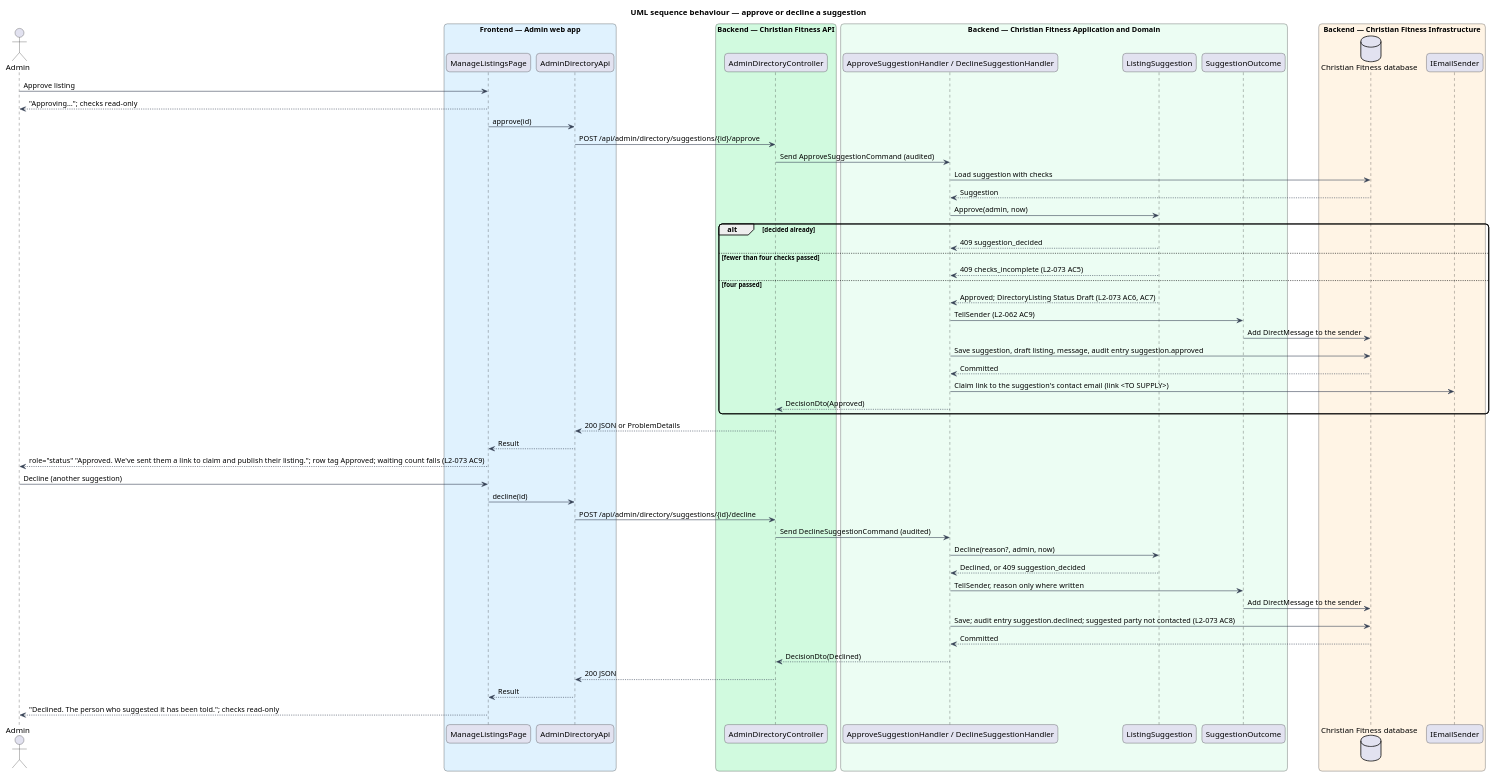
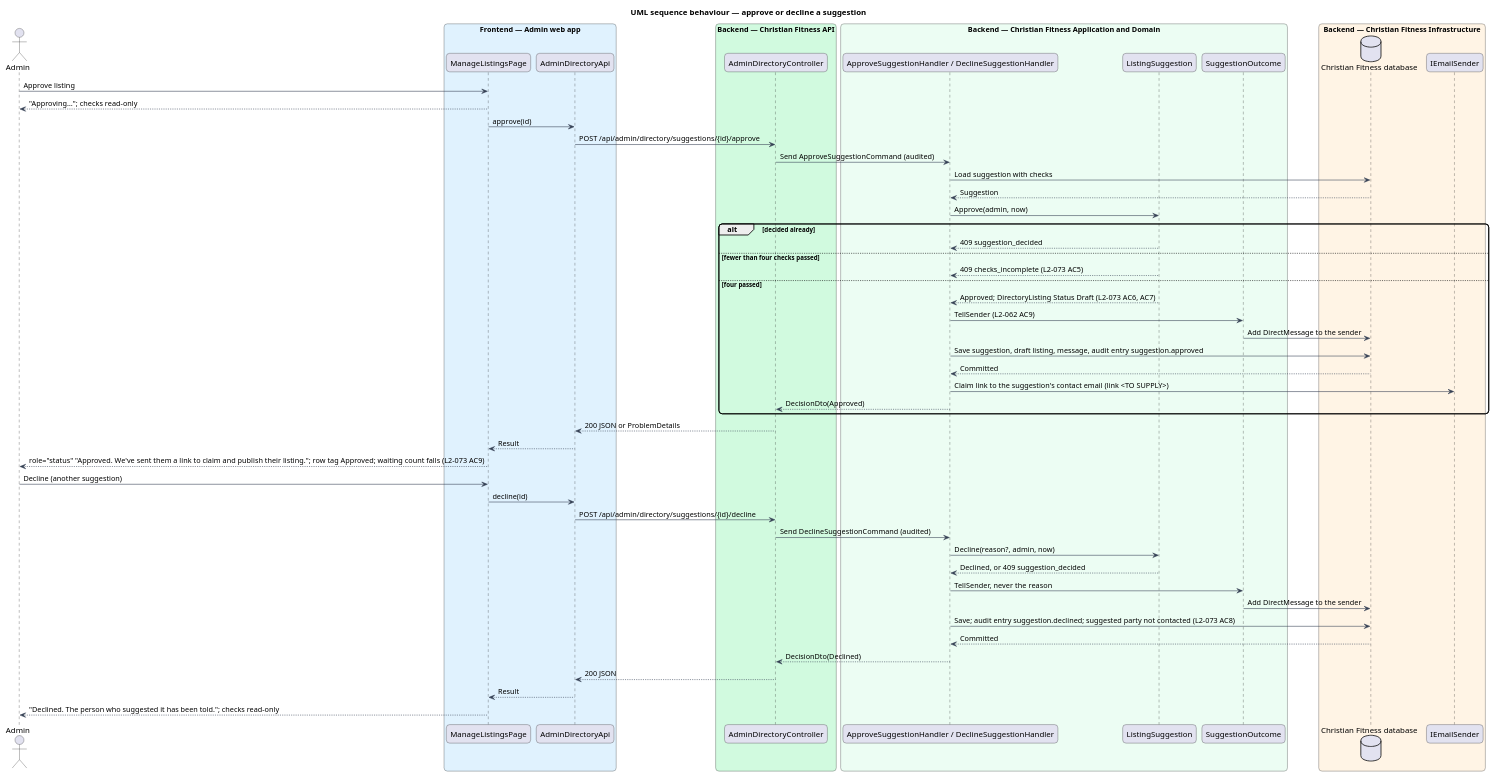
Before and after one commit to QuinntyneBrown/christian-fitness: the diagram in docs/detailed-designs/admin-directory/review-listing-suggestions/diagrams/sequence-decide.puml, drawn with PlantUML. The commit also changed 25 other files, not shown here.

```diff
--- a/docs/detailed-designs/admin-directory/review-listing-suggestions/diagrams/sequence-decide.puml
+++ b/docs/detailed-designs/admin-directory/review-listing-suggestions/diagrams/sequence-decide.puml
@@ -1,63 +1,63 @@
 @startuml
 title UML sequence behaviour — approve or decline a suggestion
 skinparam backgroundColor #FFFFFF
 skinparam shadowing false
 skinparam roundcorner 12
 skinparam defaultFontName Arial
 skinparam ArrowColor #344054
 actor "Admin" as actor
 box "Frontend — Admin web app" #E0F2FE
   participant "ManageListingsPage" as page
   participant "AdminDirectoryApi" as client
 end box
 box "Backend — Christian Fitness API" #D1FADF
   participant "AdminDirectoryController" as ctrl
 end box
 box "Backend — Christian Fitness Application and Domain" #ECFDF3
   participant "ApproveSuggestionHandler / DeclineSuggestionHandler" as h
   participant "ListingSuggestion" as ent
   participant "SuggestionOutcome" as out
 end box
 box "Backend — Christian Fitness Infrastructure" #FFF4E5
   database "Christian Fitness database" as db
   participant "IEmailSender" as mail
 end box
 actor -> page : Approve listing
 page --> actor : "Approving…"; checks read-only
 page -> client : approve(id)
 client -> ctrl : POST /api/admin/directory/suggestions/{id}/approve
 ctrl -> h : Send ApproveSuggestionCommand (audited)
 h -> db : Load suggestion with checks
 db --> h : Suggestion
 h -> ent : Approve(admin, now)
 alt decided already
   ent --> h : 409 suggestion_decided
 else fewer than four checks passed
   ent --> h : 409 checks_incomplete (L2-073 AC5)
 else four passed
   ent --> h : Approved; DirectoryListing Status Draft (L2-073 AC6, AC7)
   h -> out : TellSender (L2-062 AC9)
   out -> db : Add DirectMessage to the sender
   h -> db : Save suggestion, draft listing, message, audit entry suggestion.approved
   db --> h : Committed
   h -> mail : Claim link to the suggestion's contact email (link <TO SUPPLY>)
   h --> ctrl : DecisionDto(Approved)
 end
 ctrl --> client : 200 JSON or ProblemDetails
 client --> page : Result
 page --> actor : role="status" "Approved. We've sent them a link to claim and publish their listing."; row tag Approved; waiting count falls (L2-073 AC9)
 actor -> page : Decline (another suggestion)
 page -> client : decline(id)
 client -> ctrl : POST /api/admin/directory/suggestions/{id}/decline
 ctrl -> h : Send DeclineSuggestionCommand (audited)
 h -> ent : Decline(reason?, admin, now)
 ent --> h : Declined, or 409 suggestion_decided
-h -> out : TellSender, reason only where written
+h -> out : TellSender, never the reason
 out -> db : Add DirectMessage to the sender
 h -> db : Save; audit entry suggestion.declined; suggested party not contacted (L2-073 AC8)
 db --> h : Committed
 h --> ctrl : DecisionDto(Declined)
 ctrl --> client : 200 JSON
 client --> page : Result
 page --> actor : "Declined. The person who suggested it has been told."; checks read-only
 @enduml
```
